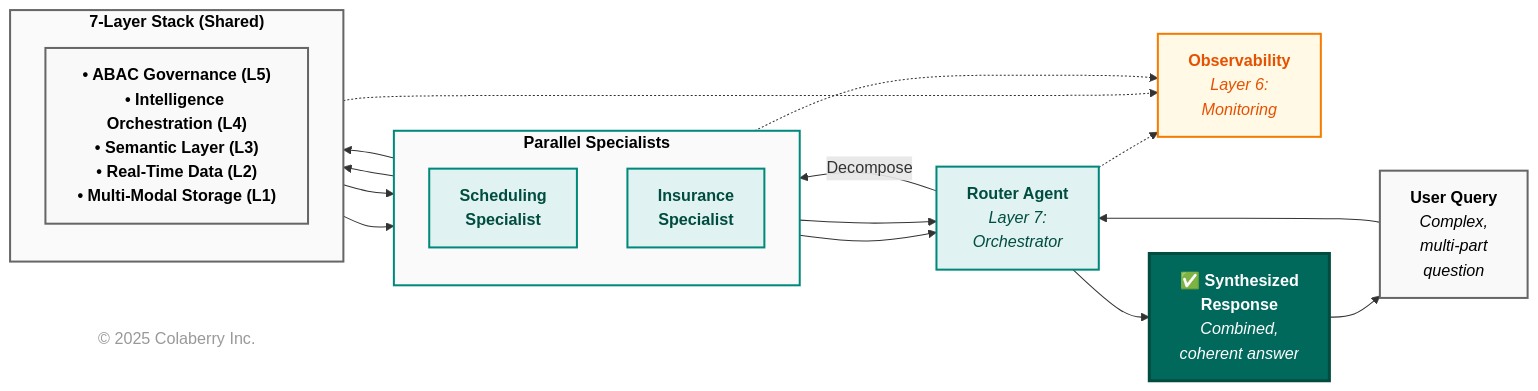
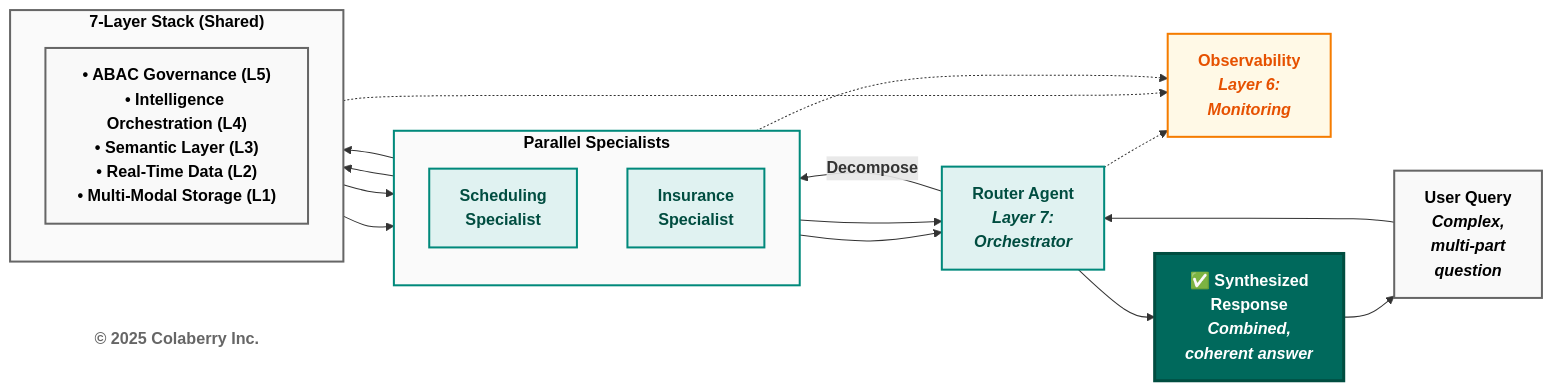
One commit to colaberry/enterprise-data-readiness-ai-agents changed diagram 16 of 18 in chapter-01/chapter_1_complete.md. Above: the diagram before and after it, drawn with Mermaid. The commit also changed other lines of this file and 1 other file, not shown here.

First line of the commit message:
chapter 1 diagrams updated to mermaid codex

````diff
--- a/chapter-01/chapter_1_complete.md
+++ b/chapter-01/chapter_1_complete.md
@@ -2719,54 +2655,54 @@
 ```mermaid
 graph LR
-    U["<b>User Query</b><br/><i>Complex,<br/>multi-part<br/>question</i>"]
+    U["<b>User Query</b><br/><b><i>Complex,</b><br/><b>multi-part</b><br/><b>question</i></b>"]
     
-    R["<b>Router Agent</b><br/><i>Layer 7:<br/>Orchestrator</i>"]
+    R["<b>Router Agent</b><br/><b><i>Layer 7:</b><br/><b>Orchestrator</i></b>"]
     
     subgraph parallel["<b>Parallel Specialists</b>"]
         direction TB
-        S1["<b>Scheduling<br/>Specialist</b>"]
-        S2["<b>Insurance<br/>Specialist</b>"]
+        S1["<b>Scheduling</b><br/><b>Specialist</b>"]
+        S2["<b>Insurance</b><br/><b>Specialist</b>"]
     end
     
     subgraph stack["<b>7-Layer Stack (Shared)</b>"]
         ST["<b>• ABAC Governance (L5)</b><br/><b>• Intelligence Orchestration (L4)</b><br/><b>• Semantic Layer (L3)</b><br/><b>• Real-Time Data (L2)</b><br/><b>• Multi-Modal Storage (L1)</b>"]
     end
     
-    O["<b>Observability</b><br/><i>Layer 6:<br/>Monitoring</i>"]
+    O["<b>Observability</b><br/><b><i>Layer 6:</b><br/><b>Monitoring</i></b>"]
     
-    RESP["<b>✅ Synthesized<br/>Response</b><br/><i>Combined,<br/>coherent answer</i>"]
+    RESP["<b>✅ Synthesized</b><br/><b>Response</b><br/><b><i>Combined,</b><br/><b>coherent answer</i></b>"]
     
     U --> R
-    R -->|Decompose| parallel
+    R -->|"<b>Decompose</b>"| parallel
     S1 --> stack
     S2 --> stack
     stack --> S1
     stack --> S2
     S1 --> R
     S2 --> R
     R --> RESP
     RESP --> U
     
     R -.-> O
     parallel -.-> O
     stack -.-> O
     
     style U fill:#f9f9f9,stroke:#666666,stroke-width:2px,color:#000000
     style R fill:#e0f2f1,stroke:#00897b,stroke-width:2px,color:#004d40
     
     style parallel fill:#fafafa,stroke:#00897b,stroke-width:2px,color:#000000
     style S1 fill:#e0f2f1,stroke:#00897b,stroke-width:2px,color:#004d40
     style S2 fill:#e0f2f1,stroke:#00897b,stroke-width:2px,color:#004d40
     
     style stack fill:#fafafa,stroke:#666666,stroke-width:2px,color:#000000
     style ST fill:#f9f9f9,stroke:#666666,stroke-width:2px,color:#000000
     
     style O fill:#fff9e6,stroke:#f57c00,stroke-width:2px,color:#e65100
     style RESP fill:#00695c,color:#ffffff,stroke:#004d40,stroke-width:3px
 
     %% Copyright Notice
-    CR["© 2025 Colaberry Inc."]
-    style CR fill:none,stroke:none,color:#999999
+    CR["<b>© 2025 Colaberry Inc.</b>"]
+    style CR fill:#ffffff,stroke:none,color:#666666
 
 
 ```
````
